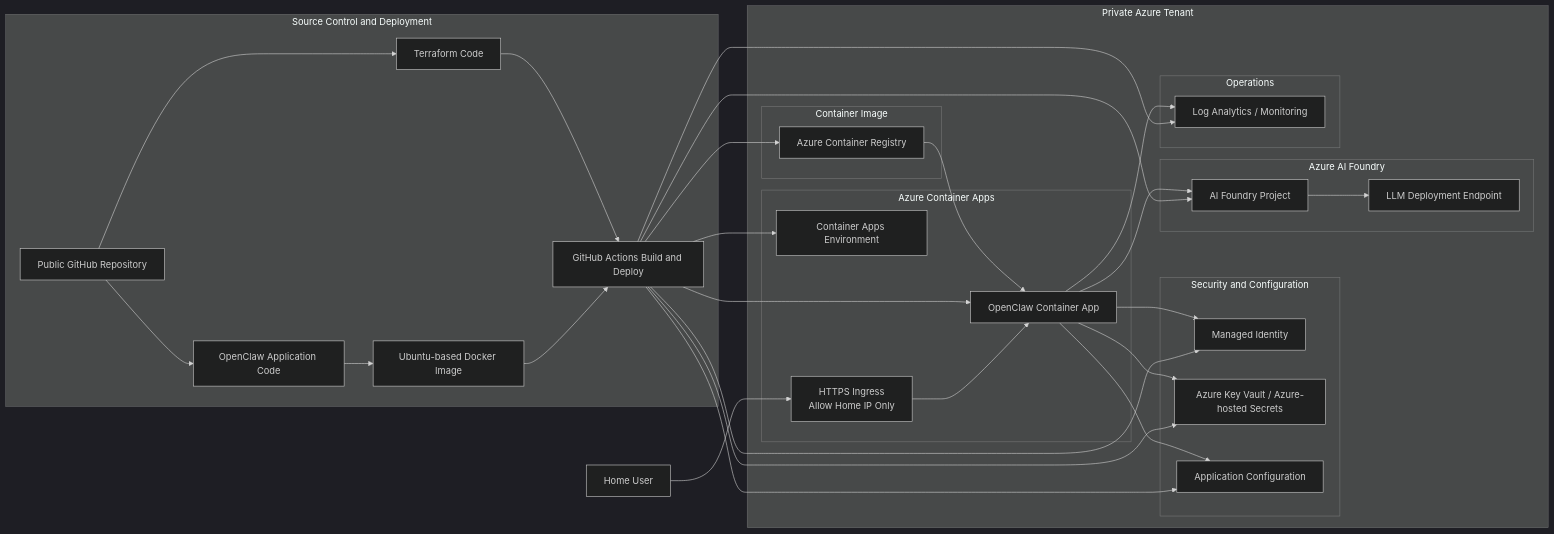
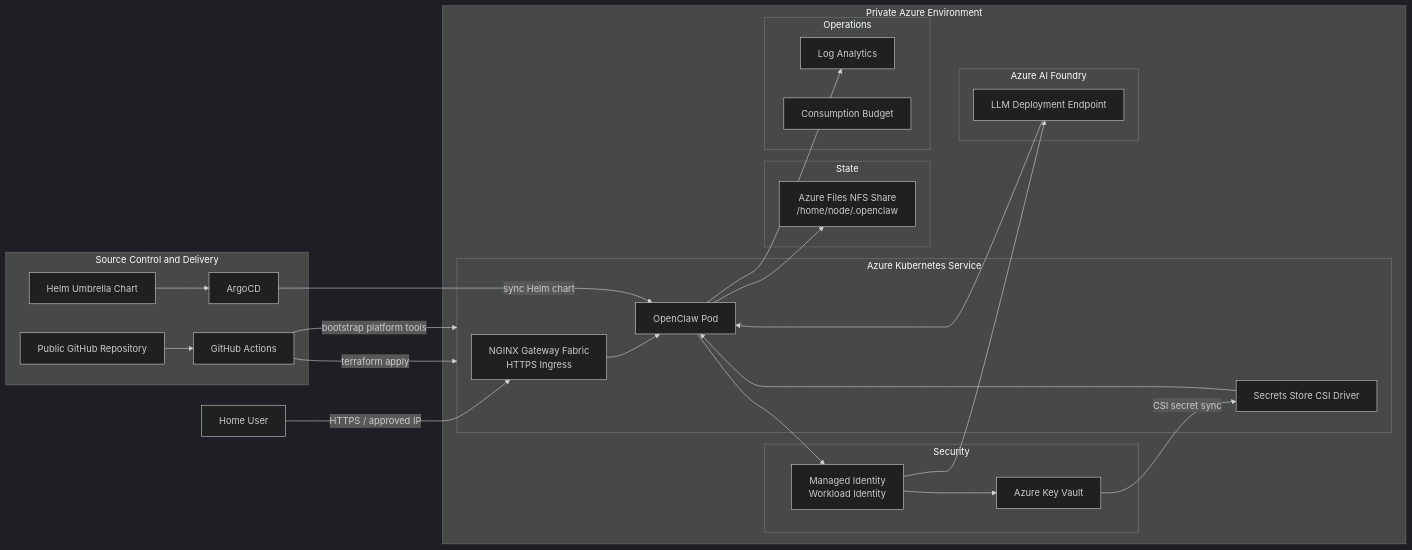
Before and after one commit to CHolmesAtLVS/personal_ai_assistant: the diagram in readme.md, drawn with Mermaid (dark theme). The commit also changed other lines of this file and 31 other files, not shown here.

First line of the commit message:
feat(infra): provision AKS cluster and bootstrap platform

````diff
--- a/readme.md
+++ b/readme.md
@@ -20,64 +25,53 @@
 ```mermaid
 flowchart LR
-    subgraph DEV[Source Control and Deployment]
+    subgraph DEV[Source Control and Delivery]
         GH[Public GitHub Repository]
-        APP[OpenClaw Application Code]
-        TF[Terraform Code]
-        DKR[Ubuntu-based Docker Image]
-        CI[GitHub Actions Build and Deploy]
+        CI[GitHub Actions]
+        ARGOCD[ArgoCD]
+        HELM[Helm Umbrella Chart]
     end
 
-    subgraph AZ[Private Azure Tenant]
-        subgraph REG[Container Image]
-            ACR[Azure Container Registry]
+    subgraph AZ[Private Azure Environment]
+        subgraph AKS[Azure Kubernetes Service]
+            GW[NGINX Gateway Fabric\nHTTPS Ingress]
+            OC[OpenClaw Pod]
+            CSI[Secrets Store CSI Driver]
         end
 
-        subgraph ACA[Azure Container Apps]
-            ENV[Container Apps Environment]
-            INGRESS[HTTPS Ingress<br/>Allow Home IP Only]
-            OC[OpenClaw Container App]
+        subgraph SEC[Security]
+            MI[Managed Identity\nWorkload Identity]
+            KV[Azure Key Vault]
         end
 
-        subgraph SEC[Security and Configuration]
-            MI[Managed Identity]
-            KV[Azure Key Vault / Azure-hosted Secrets]
-            CFG[Application Configuration]
+        subgraph STORAGE[State]
+            NFS[Azure Files NFS Share\n/home/node/.openclaw]
         end
 
         subgraph AI[Azure AI Foundry]
-            FOUNDRY[AI Foundry Project]
             LLM[LLM Deployment Endpoint]
         end
 
         subgraph OPS[Operations]
-            LOG[Log Analytics / Monitoring]
+            LOG[Log Analytics]
+            BUDGET[Consumption Budget]
         end
     end
 
-    USER[Home User] --> INGRESS
-    INGRESS --> OC
+    USER[Home User] -->|HTTPS / approved IP| GW
+    GW --> OC
 
-    GH --> APP
-    GH --> TF
-    APP --> DKR
-    DKR --> CI
-    TF --> CI
+    GH --> CI
+    CI -->|terraform apply| AKS
+    CI -->|bootstrap platform tools| AKS
+    ARGOCD -->|sync Helm chart| OC
+    HELM --> ARGOCD
 
-    CI --> ACR
-    CI --> ENV
-    CI --> OC
-    CI --> MI
-    CI --> KV
-    CI --> CFG
-    CI --> LOG
-    CI --> FOUNDRY
-
-    ACR --> OC
-
+    KV -->|CSI secret sync| CSI
+    CSI --> OC
     OC --> MI
-    OC --> CFG
-    OC --> KV
-    OC --> FOUNDRY
-    FOUNDRY --> LLM
+    MI --> KV
+    MI --> LLM
+    OC --> NFS
     OC --> LOG
+    LLM --> OC
 ```
````
